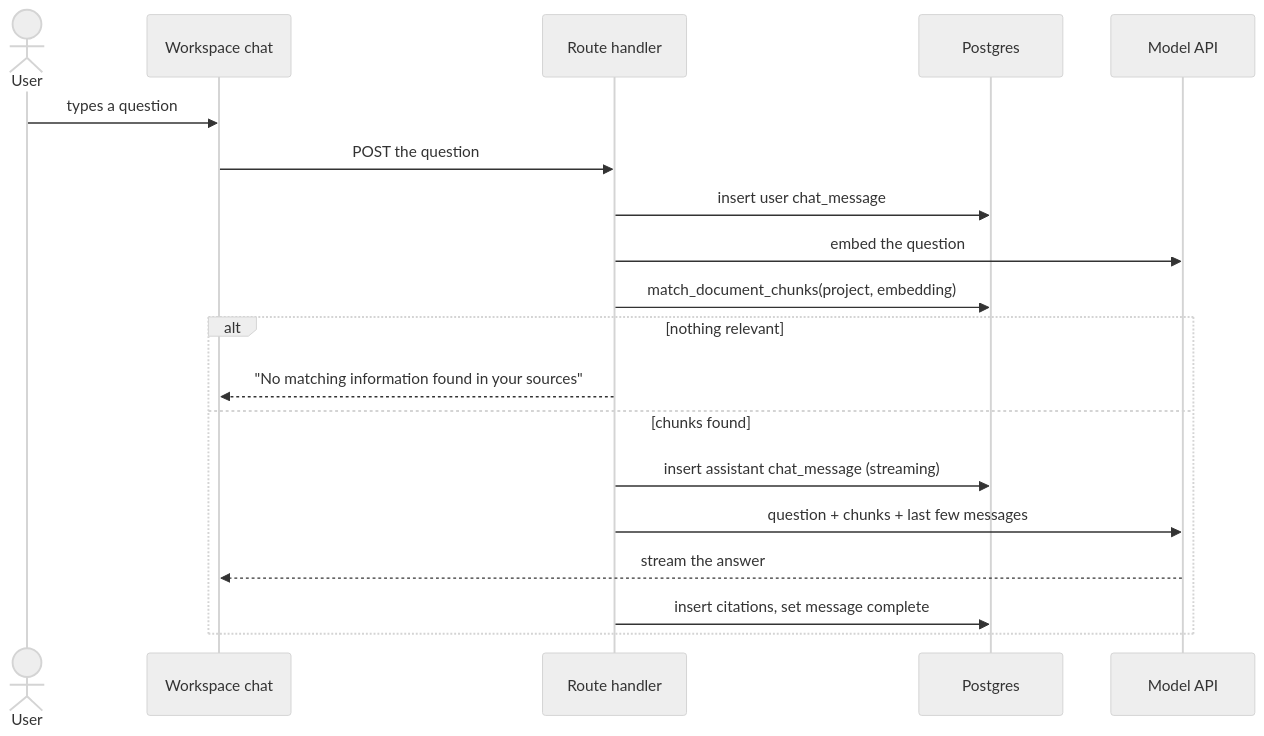
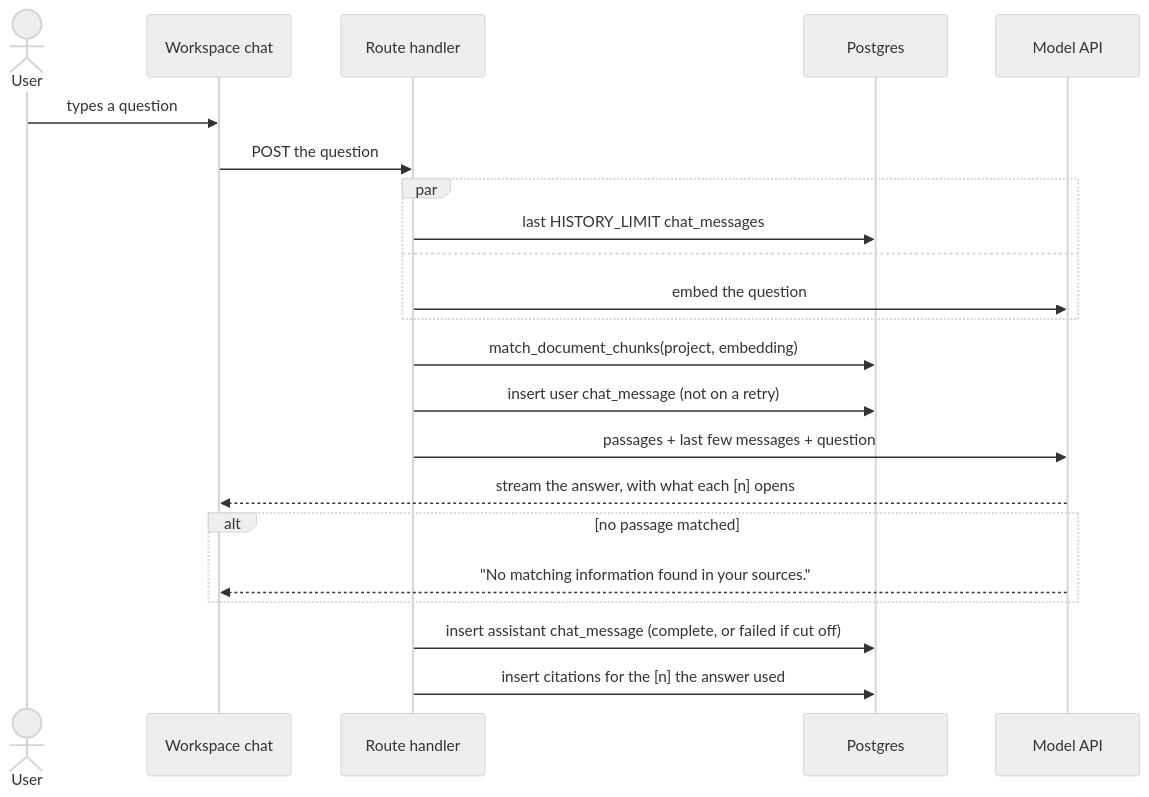
Before and after one commit to lb-cs/synthesis-platform: the third of 3 diagrams in docs/design/architecture.md, drawn with Mermaid (neutral theme). The commit also changed other lines of this file and 4 other files, not shown here.

````diff
--- a/docs/design/architecture.md
+++ b/docs/design/architecture.md
@@ -182,22 +180,25 @@
 ```mermaid
 sequenceDiagram
   actor User
   participant UI as Workspace chat
   participant RH as Route handler
   participant DB as Postgres
   participant LLM as Model API
 
   User->>UI: types a question
   UI->>RH: POST the question
-  RH->>DB: insert user chat_message
-  RH->>LLM: embed the question
+  par
+    RH->>DB: last HISTORY_LIMIT chat_messages
+  and
+    RH->>LLM: embed the question
+  end
   RH->>DB: match_document_chunks(project, embedding)
-  alt nothing relevant
-    RH-->>UI: "No matching information found in your sources"
-  else chunks found
-    RH->>DB: insert assistant chat_message (streaming)
-    RH->>LLM: question + chunks + last few messages
-    LLM-->>UI: stream the answer
-    RH->>DB: insert citations, set message complete
+  RH->>DB: insert user chat_message (not on a retry)
+  RH->>LLM: passages + last few messages + question
+  LLM-->>UI: stream the answer, with what each [n] opens
+  alt no passage matched
+    LLM-->>UI: "No matching information found in your sources."
   end
+  RH->>DB: insert assistant chat_message (complete, or failed if cut off)
+  RH->>DB: insert citations for the [n] the answer used
 ```
````
